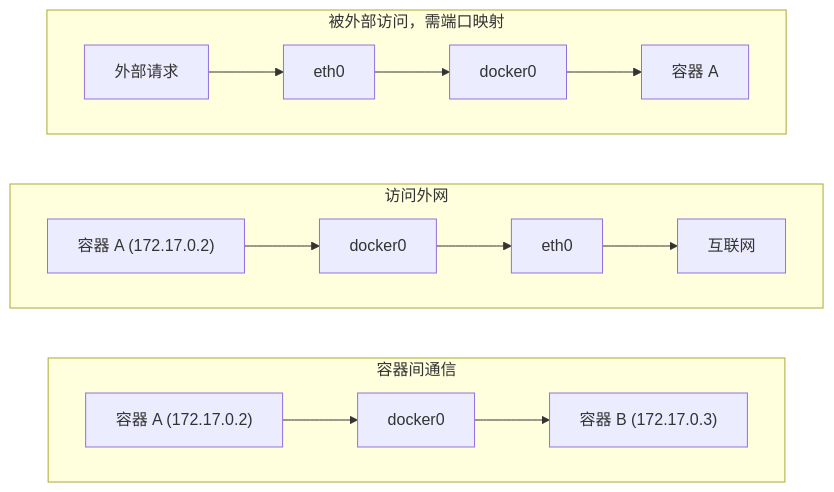
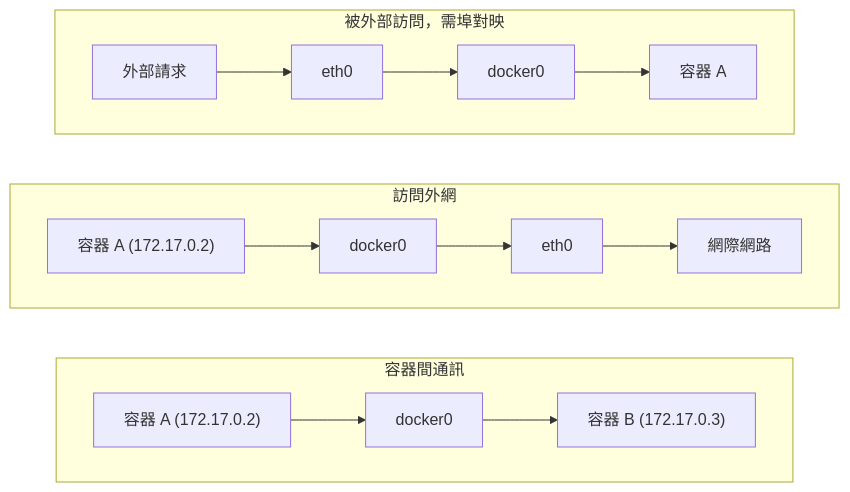
One commit to alexkuoecity/docker-practice-master-zh-tw changed the diagram in 09_network/9.2_network_types.md. Above: the diagram before and after it, drawn with Mermaid. The commit also changed other lines of this file and 200 other files, not shown here.

````diff
--- a/09_network/9.2_network_types.md
+++ b/09_network/9.2_network_types.md
@@ -62,17 +62,17 @@
 ```mermaid
 flowchart LR
-    subgraph Comm1 ["容器间通信"]
+    subgraph Comm1 ["容器間通訊"]
         direction LR
         C1A["容器 A (172.17.0.2)"] --> D0A["docker0"] --> C1B["容器 B (172.17.0.3)"]
     end
 
-    subgraph Comm2 ["访问外网"]
+    subgraph Comm2 ["訪問外網"]
         direction LR
-        C2A["容器 A (172.17.0.2)"] --> D0B["docker0"] --> Eth0A["eth0"] --> InternetA["互联网"]
+        C2A["容器 A (172.17.0.2)"] --> D0B["docker0"] --> Eth0A["eth0"] --> InternetA["網際網路"]
     end
 
-    subgraph Comm3 ["被外部访问，需端口映射"]
+    subgraph Comm3 ["被外部訪問，需埠對映"]
         direction LR
-        Req["外部请求"] --> Eth0B["eth0"] --> D0C["docker0"] --> C3A["容器 A"]
+        Req["外部請求"] --> Eth0B["eth0"] --> D0C["docker0"] --> C3A["容器 A"]
     end
 ```
````
